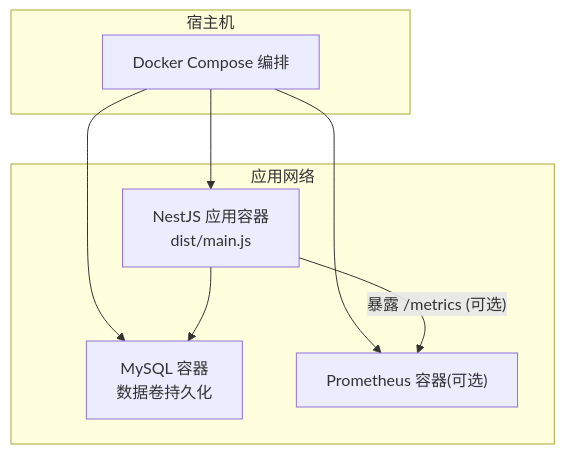
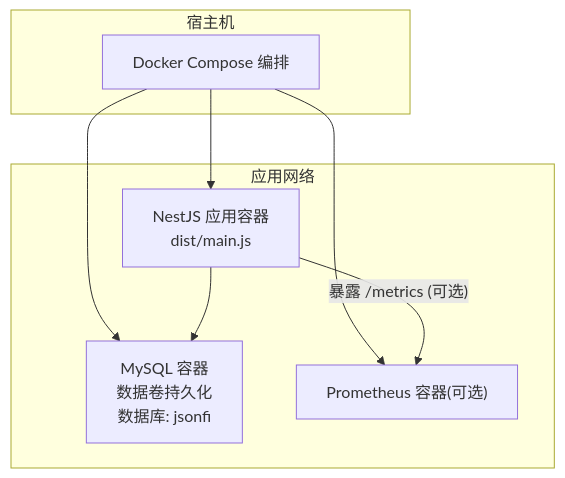
The second of 4 diagrams in .qoder/repowiki/zh/content/部署运维/部署方案/Docker 容器化部署.md (JsonFish/json-server), drawn with Mermaid before and after one commit. The commit also changed other lines of this file and 52 other files, not shown here.

````diff
--- a/.qoder/repowiki/zh/content/部署运维/部署方案/Docker 容器化部署.md
+++ b/.qoder/repowiki/zh/content/部署运维/部署方案/Docker 容器化部署.md
@@ -88,16 +95,16 @@
 ```mermaid
 graph TB
 subgraph "宿主机"
 DC["Docker Compose 编排"]
 end
 subgraph "应用网络"
 APP["NestJS 应用容器<br/>dist/main.js"]
-DB["MySQL 容器<br/>数据卷持久化"]
+DB["MySQL 容器<br/>数据卷持久化<br/>数据库: jsonfi"]
 PROM["Prometheus 容器(可选)"]
 end
 DC --> APP
 DC --> DB
 DC --> PROM
 APP --> DB
 APP --> |"暴露 /metrics (可选)"| PROM
 ```
````
